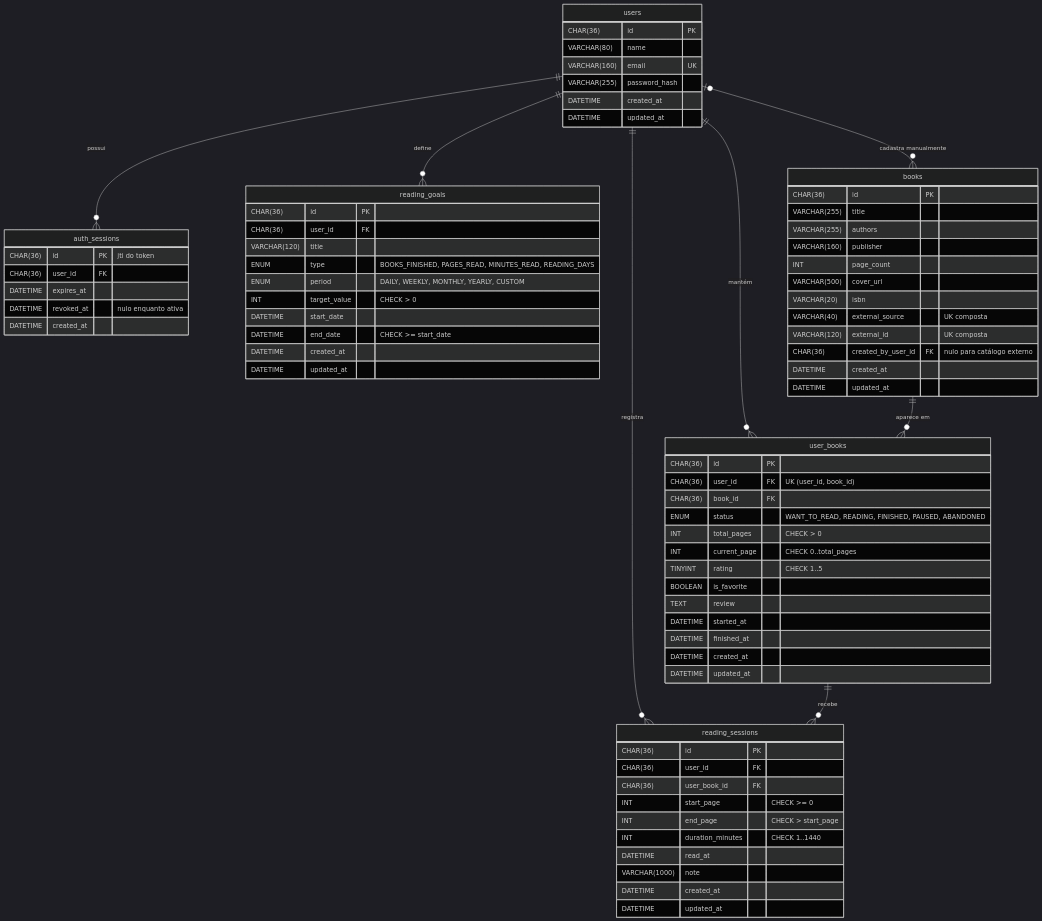
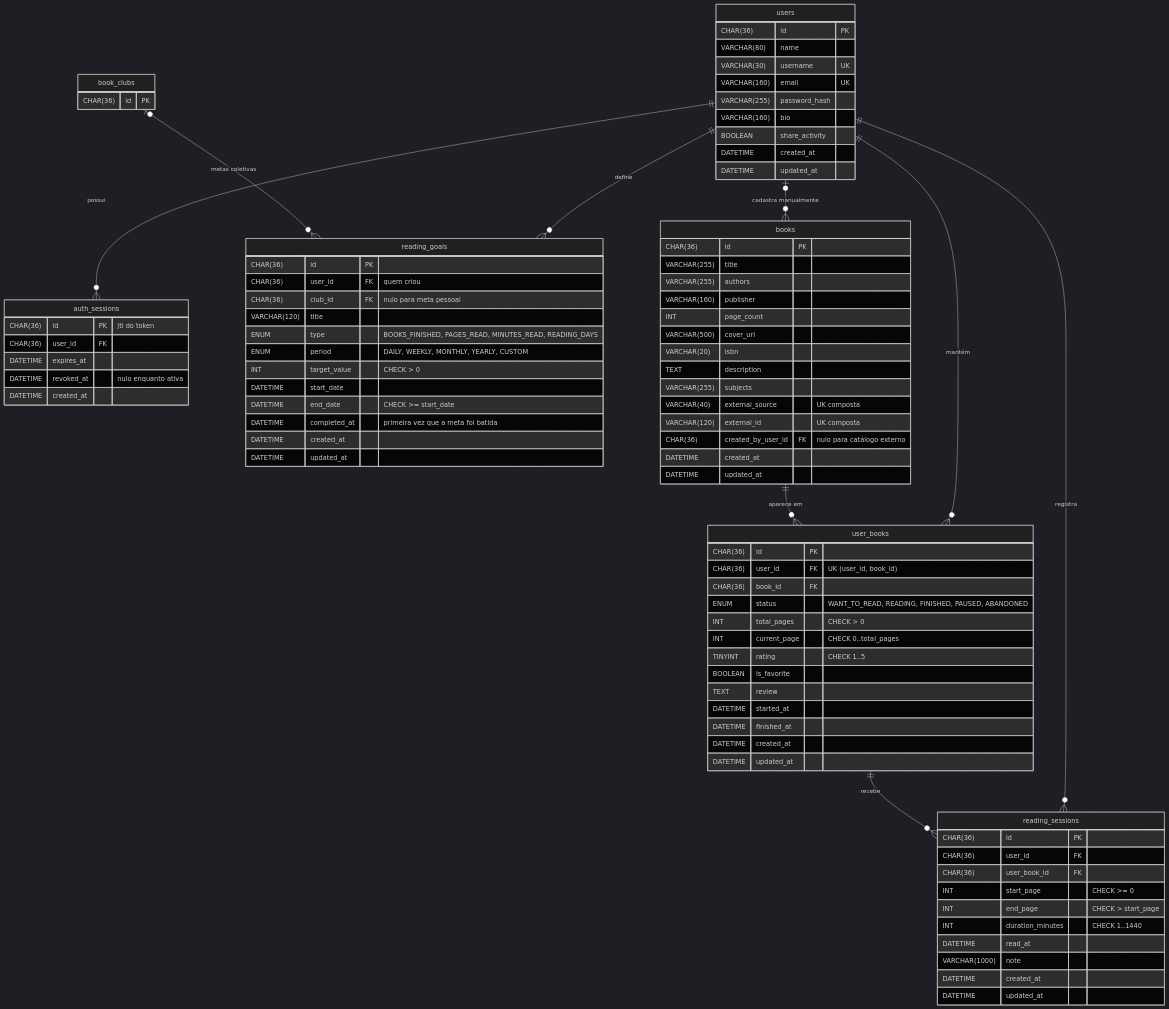
One commit to SabrinaMeloBorges/library-app changed the first of 2 diagrams in README.md. Above: the diagram before and after it, drawn with Mermaid (dark theme). The commit also changed other lines of this file and 83 other files, not shown here.

````diff
--- a/README.md
+++ b/README.md
@@ -354,12 +395,16 @@
     users |o--o{ books : "cadastra manualmente"
     books ||--o{ user_books : "aparece em"
     user_books ||--o{ reading_sessions : "recebe"
+    book_clubs |o--o{ reading_goals : "metas coletivas"
 
     users {
         CHAR(36) id PK
         VARCHAR(80) name
+        VARCHAR(30) username UK
         VARCHAR(160) email UK
         VARCHAR(255) password_hash
+        VARCHAR(160) bio
+        BOOLEAN share_activity
         DATETIME created_at
         DATETIME updated_at
     }
@@ -380,6 +425,8 @@
         INT page_count
         VARCHAR(500) cover_url
         VARCHAR(20) isbn
+        TEXT description
+        VARCHAR(255) subjects
         VARCHAR(40) external_source "UK composta"
         VARCHAR(120) external_id "UK composta"
         CHAR(36) created_by_user_id FK "nulo para catálogo externo"
@@ -418,14 +465,20 @@
 
     reading_goals {
         CHAR(36) id PK
-        CHAR(36) user_id FK
+        CHAR(36) user_id FK "quem criou"
+        CHAR(36) club_id FK "nulo para meta pessoal"
         VARCHAR(120) title
         ENUM type "BOOKS_FINISHED, PAGES_READ, MINUTES_READ, READING_DAYS"
         ENUM period "DAILY, WEEKLY, MONTHLY, YEARLY, CUSTOM"
         INT target_value "CHECK > 0"
         DATETIME start_date
         DATETIME end_date "CHECK >= start_date"
+        DATETIME completed_at "primeira vez que a meta foi batida"
         DATETIME created_at
         DATETIME updated_at
     }
+
+    book_clubs {
+        CHAR(36) id PK
+    }
 ```
````
